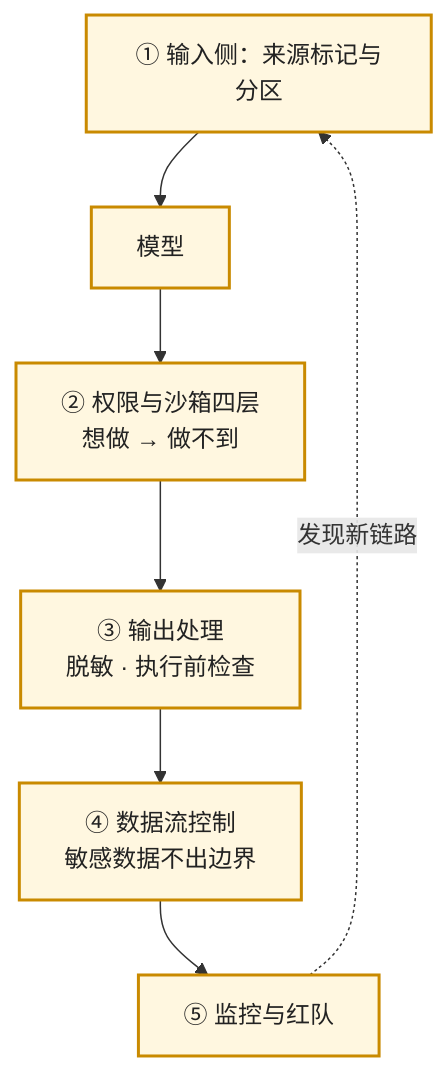
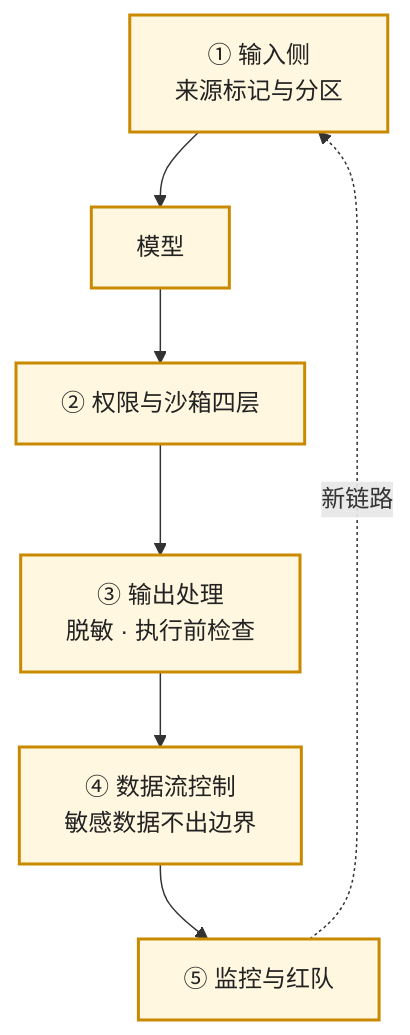
The fourth of 7 diagrams in slides/2026-11-14-production-and-operations.md (arganzheng/arganzheng.github.com), drawn with Mermaid before and after one commit. The commit also changed other lines of this file, not shown here.

Commit message:
slides(2026-11-14-production-and-operations): 图内文字 ≥14px——标签缩短/拆分/Unicode 数学

````diff
--- a/slides/2026-11-14-production-and-operations.md
+++ b/slides/2026-11-14-production-and-operations.md
@@ -144,13 +146,13 @@
 ```mermaid
 %%{init: {"flowchart": {"wrappingWidth": 170}}}%%
 flowchart TB
-    IN["① 输入侧：来源标记与分区"] --> M["模型"]
-    M --> P["② 权限与沙箱四层<br/>想做 → 做不到"]
+    IN["① 输入侧<br/>来源标记与分区"] --> M["模型"]
+    M --> P["② 权限与沙箱四层"]
     P --> O["③ 输出处理<br/>脱敏 · 执行前检查"]
     O --> D["④ 数据流控制<br/>敏感数据不出边界"]
     D --> R["⑤ 监控与红队"]
-    R -.->|"发现新链路"| IN
+    R -.->|"新链路"| IN
 
     classDef step fill:#fff7e0,stroke:#c98a00,stroke-width:2px,color:#222
     class IN,M,P,O,D,R step
 ```
````
